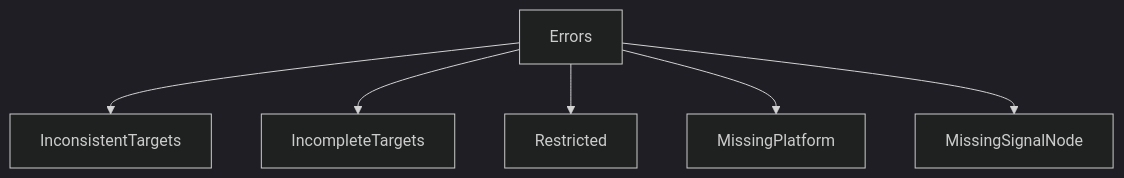
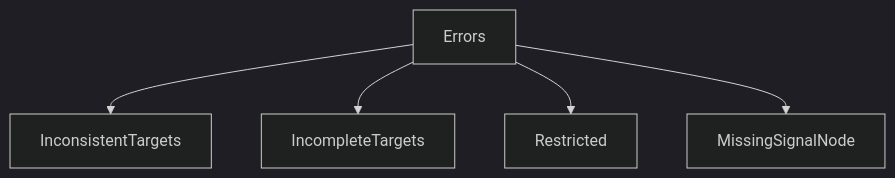
Before and after one commit to k0sproject/k0s: the second of 3 diagrams in docs/autopilot-multicommand.md, drawn with Mermaid (dark theme). The commit also changed 1 other file, not shown here.

Commit message:
Correct docs about Autopilot plan command target states
The type names are different from those used for plans as a whole.
Moreover, there's no `MissingPlatform` state for plans.

````diff
--- a/docs/autopilot-multicommand.md
+++ b/docs/autopilot-multicommand.md
@@ -193,8 +193,7 @@
 ```mermaid
 flowchart TD
     Errors --> InconsistentTargets
     Errors --> IncompleteTargets
     Errors --> Restricted
-    Errors --> MissingPlatform
     Errors --> MissingSignalNode
 ```
````
